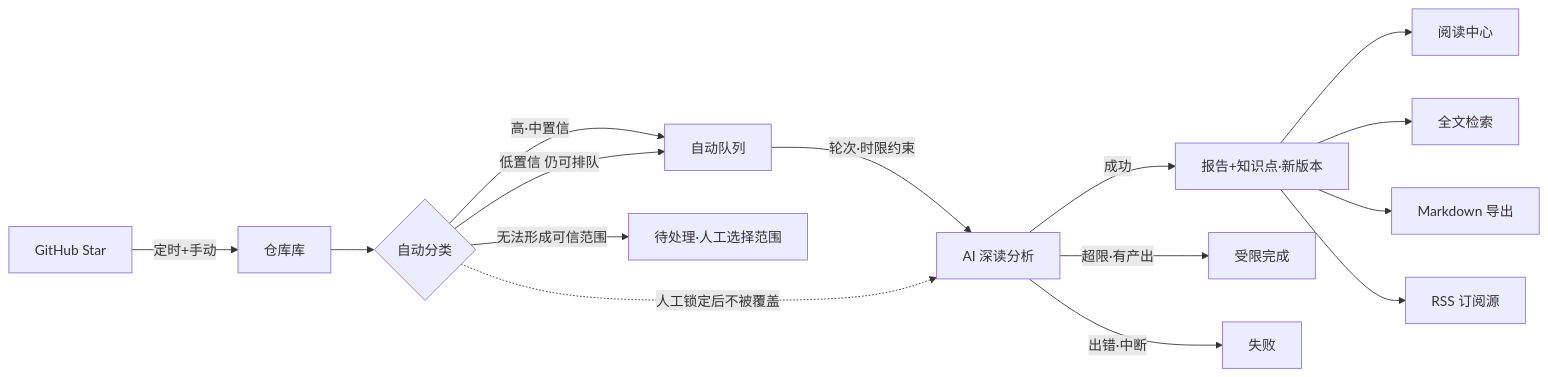
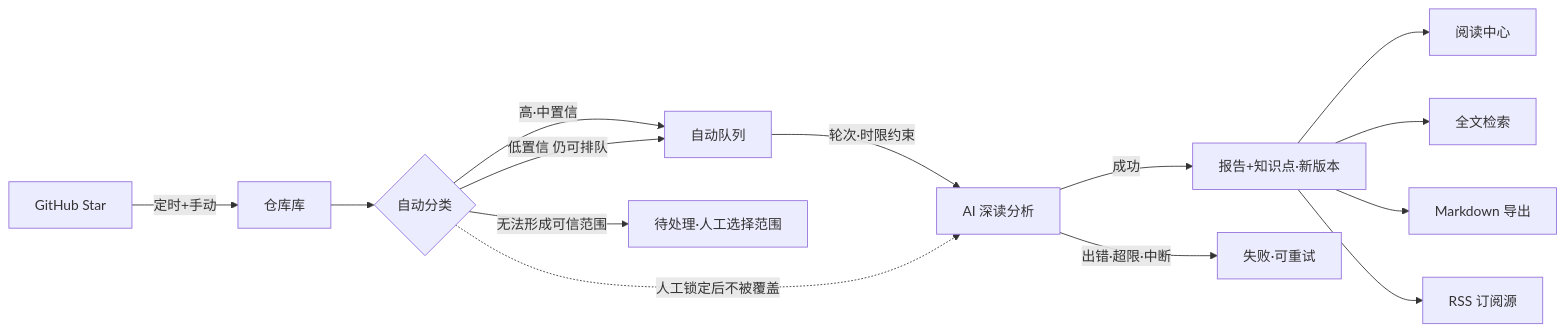
The first of 3 diagrams in docs/PRD.md (int2t05/StarDissect), drawn with Mermaid before and after one commit. The commit also changed other lines of this file and 14 other files, not shown here.

````diff
--- a/docs/PRD.md
+++ b/docs/PRD.md
@@ -33,17 +33,16 @@
 ```mermaid
 flowchart LR
   A[GitHub Star] -->|定时+手动| B[仓库库]
   B --> C{自动分类}
   C -->|高·中置信| D[自动队列]
   C -->|低置信 仍可排队| D
   C -->|无法形成可信范围| E[待处理·人工选择范围]
   D -->|轮次·时限约束| F[AI 深读分析]
   C -.->|人工锁定后不被覆盖| F
   F -->|成功| G[报告+知识点·新版本]
-  F -->|超限·有产出| H[受限完成]
-  F -->|出错·中断| I[失败]
+  F -->|出错·超限·中断| I[失败·可重试]
   G --> J[阅读中心]
   G --> K[全文检索]
   G --> L[Markdown 导出]
   G --> M[RSS 订阅源]
 ```
````
